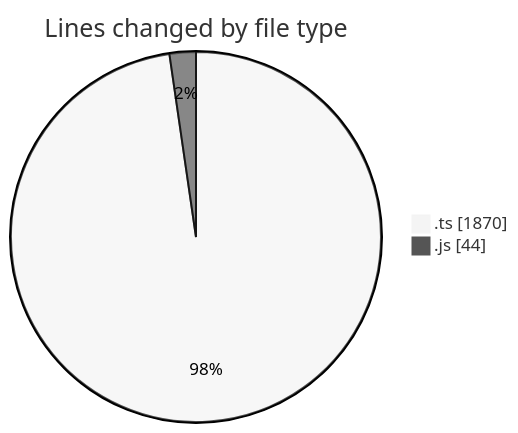
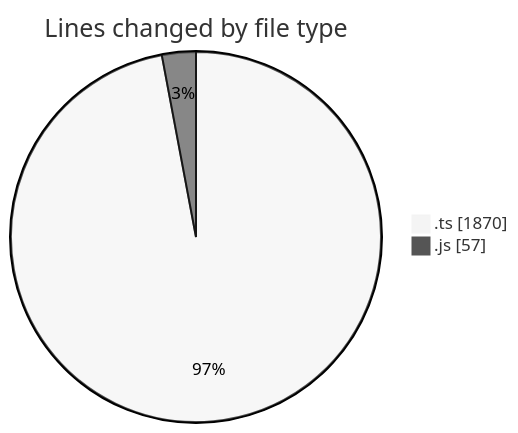
The first of 2 diagrams in 2026-11-03/cda/README.md (momahboobian/code-tracking), drawn with Mermaid (neutral theme) before and after one commit. The commit also changed other lines of this file and 1 other file, not shown here.

````diff
--- a/2026-11-03/cda/README.md
+++ b/2026-11-03/cda/README.md
@@ -27,6 +28,6 @@
 ```mermaid
 pie showData
 title Lines changed by file type
 ".ts" : 1870
-".js" : 44
+".js" : 57
 ```
````
